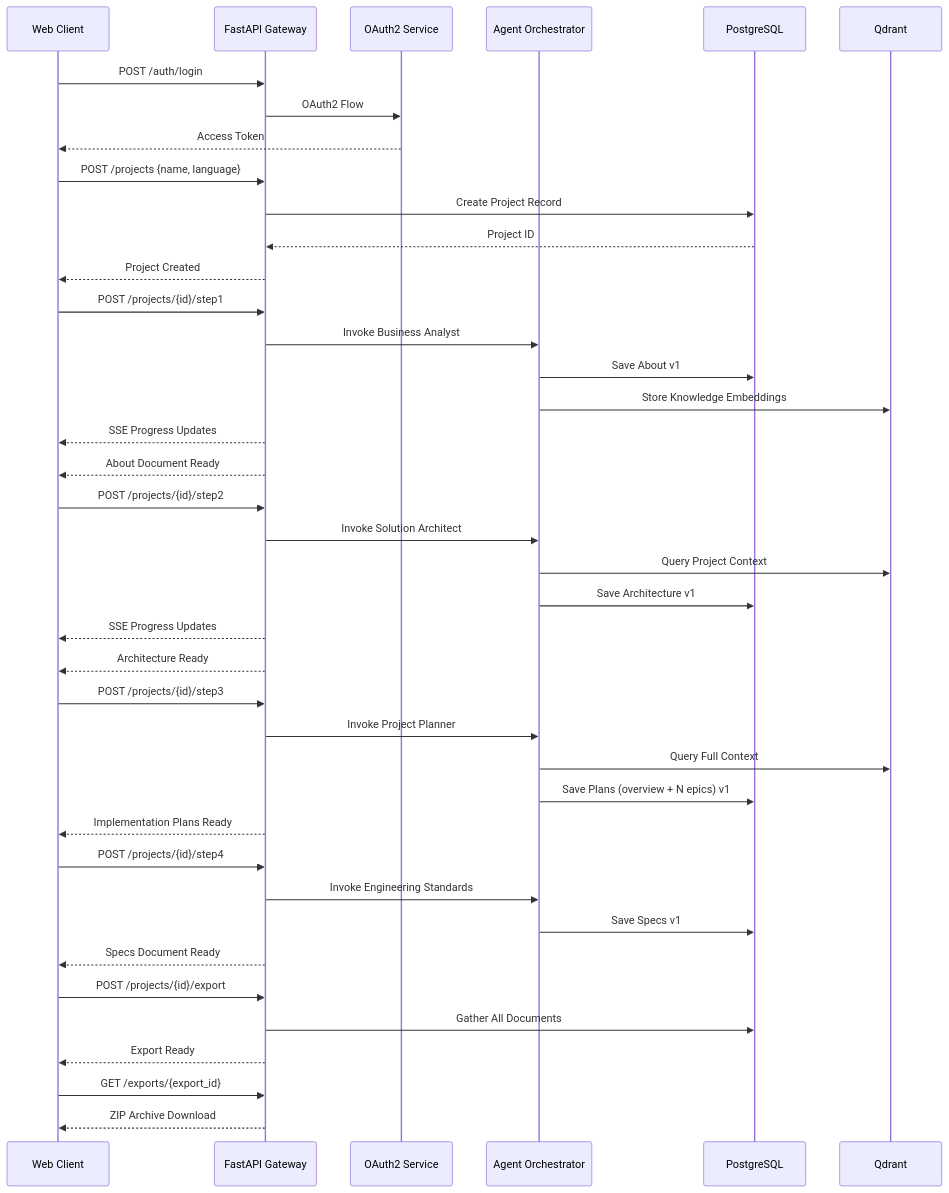
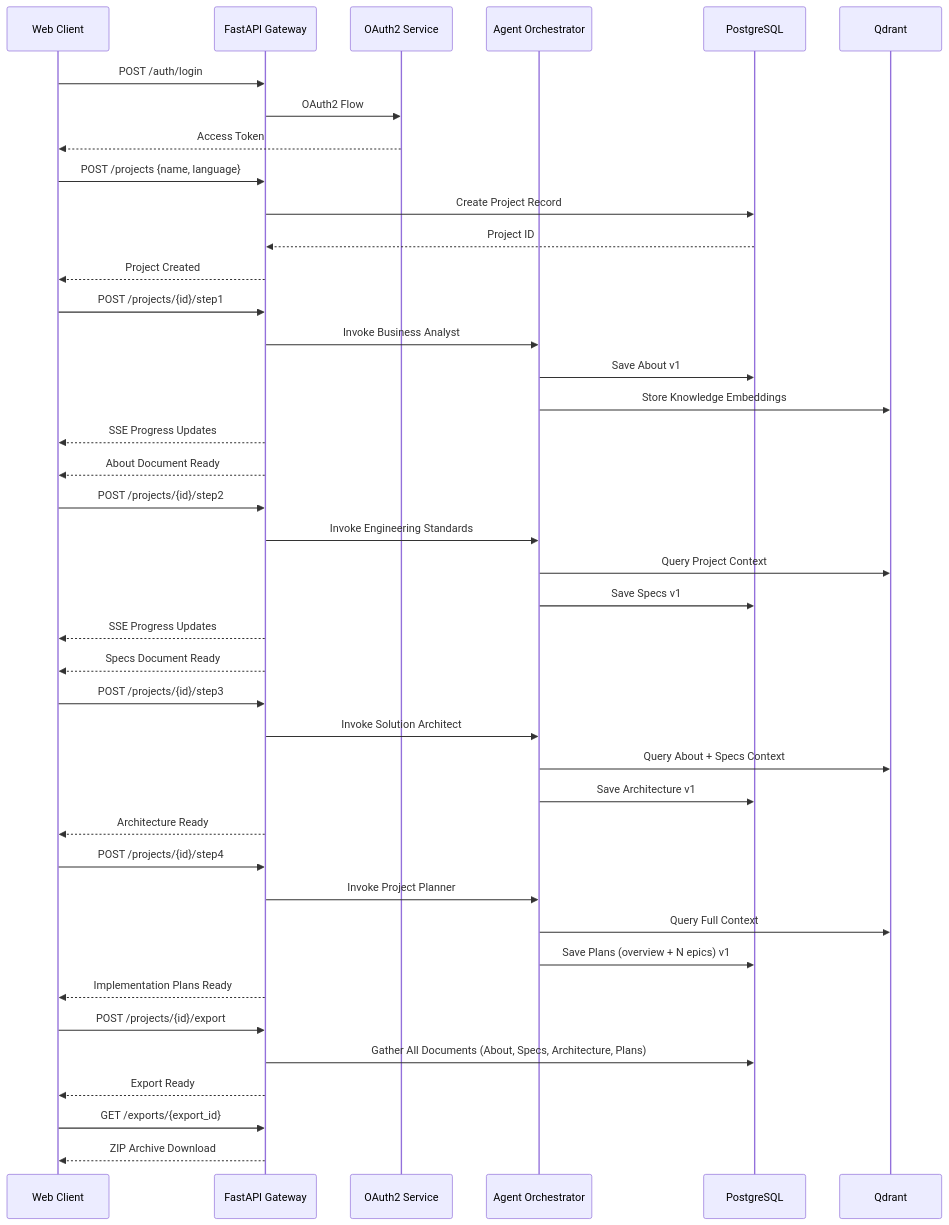
One commit to itechmeat/jeex-plan changed the second of 4 diagrams in docs/specs.md. Above: the diagram before and after it, drawn with Mermaid. The commit also changed other lines of this file and 29 other files, not shown here.

````diff
--- a/docs/specs.md
+++ b/docs/specs.md
@@ -265,49 +265,50 @@
 ```mermaid
 sequenceDiagram
     participant Client as Web Client
     participant API as FastAPI Gateway
     participant Auth as OAuth2 Service
     participant Agent as Agent Orchestrator
     participant DB as PostgreSQL
     participant VDB as Qdrant
 
     Client->>API: POST /auth/login
     API->>Auth: OAuth2 Flow
     Auth-->>Client: Access Token
 
     Client->>API: POST /projects {name, language}
     API->>DB: Create Project Record
     DB-->>API: Project ID
     API-->>Client: Project Created
 
     Client->>API: POST /projects/{id}/step1
     API->>Agent: Invoke Business Analyst
     Agent->>DB: Save About v1
     Agent->>VDB: Store Knowledge Embeddings
     API-->>Client: SSE Progress Updates
     API-->>Client: About Document Ready
 
     Client->>API: POST /projects/{id}/step2
+    API->>Agent: Invoke Engineering Standards
+    Agent->>VDB: Query Project Context
+    Agent->>DB: Save Specs v1
+    API-->>Client: SSE Progress Updates
+    API-->>Client: Specs Document Ready
+
+    Client->>API: POST /projects/{id}/step3
     API->>Agent: Invoke Solution Architect
-    Agent->>VDB: Query Project Context
+    Agent->>VDB: Query About + Specs Context
     Agent->>DB: Save Architecture v1
-    API-->>Client: SSE Progress Updates
     API-->>Client: Architecture Ready
 
-    Client->>API: POST /projects/{id}/step3
+    Client->>API: POST /projects/{id}/step4
     API->>Agent: Invoke Project Planner
     Agent->>VDB: Query Full Context
     Agent->>DB: Save Plans (overview + N epics) v1
     API-->>Client: Implementation Plans Ready
 
-    Client->>API: POST /projects/{id}/step4
-    API->>Agent: Invoke Engineering Standards
-    Agent->>DB: Save Specs v1
-    API-->>Client: Specs Document Ready
-
     Client->>API: POST /projects/{id}/export
-    API->>DB: Gather All Documents
+    API->>DB: Gather All Documents (About, Specs, Architecture, Plans)
     API-->>Client: Export Ready
     Client->>API: GET /exports/{export_id}
     API-->>Client: ZIP Archive Download
 ```
````
